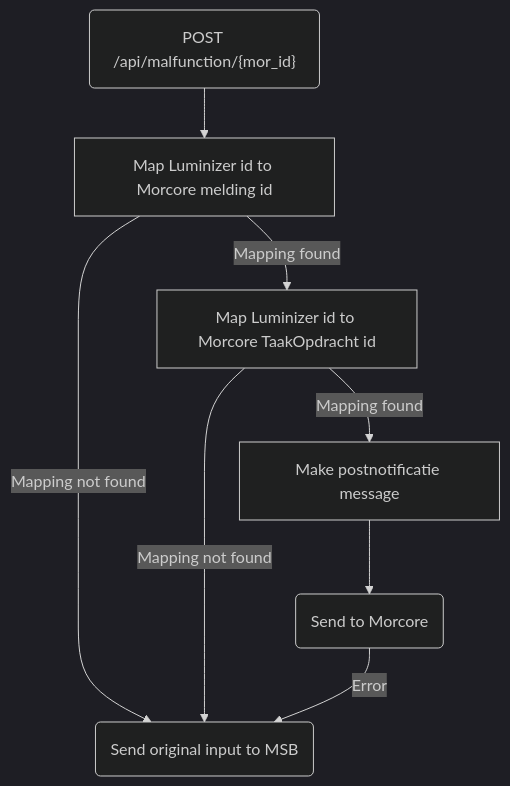
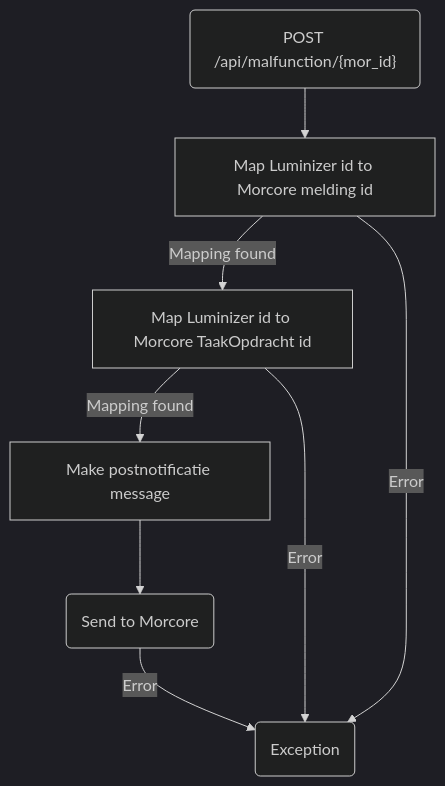
Before and after one commit to wearefrank/morcoreintegration: the diagram in docusaurus/docs/morcoreintegration/luminizer/postnotificatie.md, drawn with Mermaid (dark theme). The commit also changed 5 other files, not shown here.

````diff
--- a/docusaurus/docs/morcoreintegration/luminizer/postnotificatie.md
+++ b/docusaurus/docs/morcoreintegration/luminizer/postnotificatie.md
@@ -16,12 +16,12 @@
 ```mermaid
 flowchart TD
     A("POST /api/malfunction/{mor_id}") --> B[Map Luminizer id to Morcore melding id]
     B -->|Mapping found| C[Map Luminizer id to Morcore TaakOpdracht id]
     C -->|Mapping found| D[Make postnotificatie message]
     D --> E(Send to Morcore)
     
-    F(Send original input to MSB)
-    B -->|Mapping not found| F
-    C -->|Mapping not found| F
-    E -->|Error| F
+    I(Exception)
+    E  --> |Error| I
+    B --> |Error| I
+    C --> |Error| I
 ```
````
